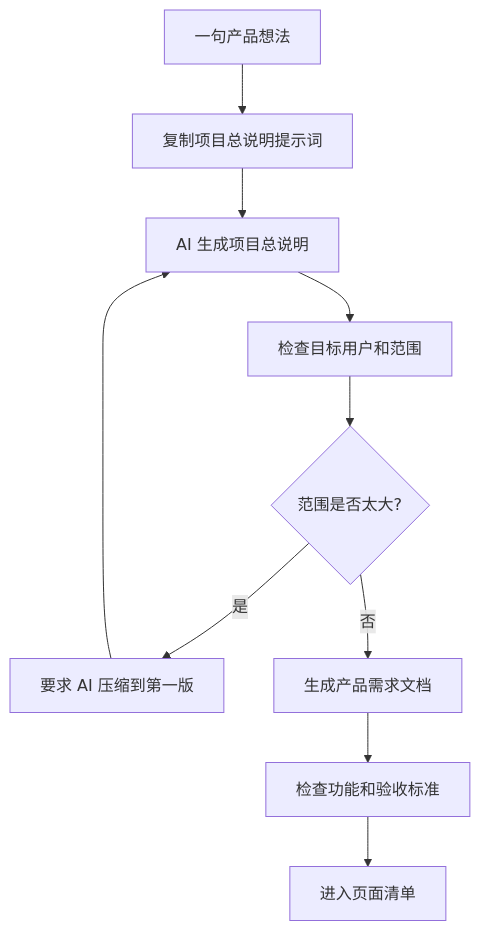
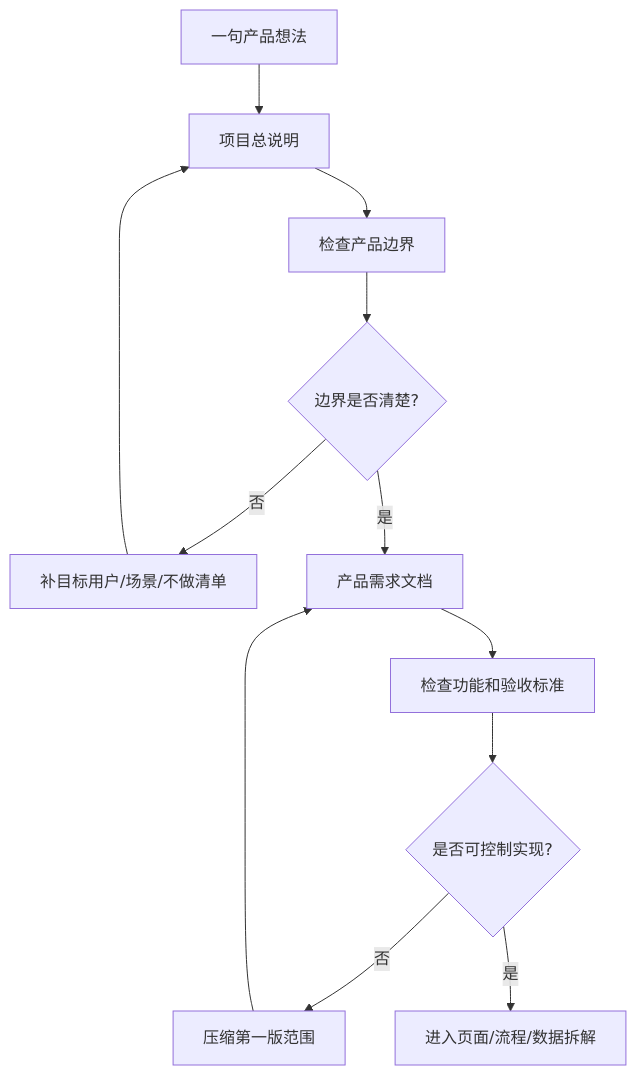
Before and after one commit to zhidao-studio/ai-product-engineering-in-action: the diagram in docs/02_lessons/visual/lesson-02-visual-from-idea-to-prd.md, drawn with Mermaid. The commit also changed other lines of this file, not shown here.

````diff
--- a/docs/02_lessons/visual/lesson-02-visual-from-idea-to-prd.md
+++ b/docs/02_lessons/visual/lesson-02-visual-from-idea-to-prd.md
@@ -22,12 +21,14 @@
 ```mermaid
 flowchart TD
-    A[一句产品想法] --> B[复制项目总说明提示词]
-    B --> C[AI 生成项目总说明]
-    C --> D[检查目标用户和范围]
-    D --> E{范围是否太大?}
-    E -- 是 --> F[要求 AI 压缩到第一版]
-    F --> C
-    E -- 否 --> G[生成产品需求文档]
-    G --> H[检查功能和验收标准]
-    H --> I[进入页面清单]
+    A[一句产品想法] --> B[项目总说明]
+    B --> C[检查产品边界]
+    C --> D{边界是否清楚?}
+    D -- 否 --> E[补目标用户/场景/不做清单]
+    E --> B
+    D -- 是 --> F[产品需求文档]
+    F --> G[检查功能和验收标准]
+    G --> H{是否可控制实现?}
+    H -- 否 --> I[压缩第一版范围]
+    I --> F
+    H -- 是 --> J[进入页面/流程/数据拆解]
 ```
````
